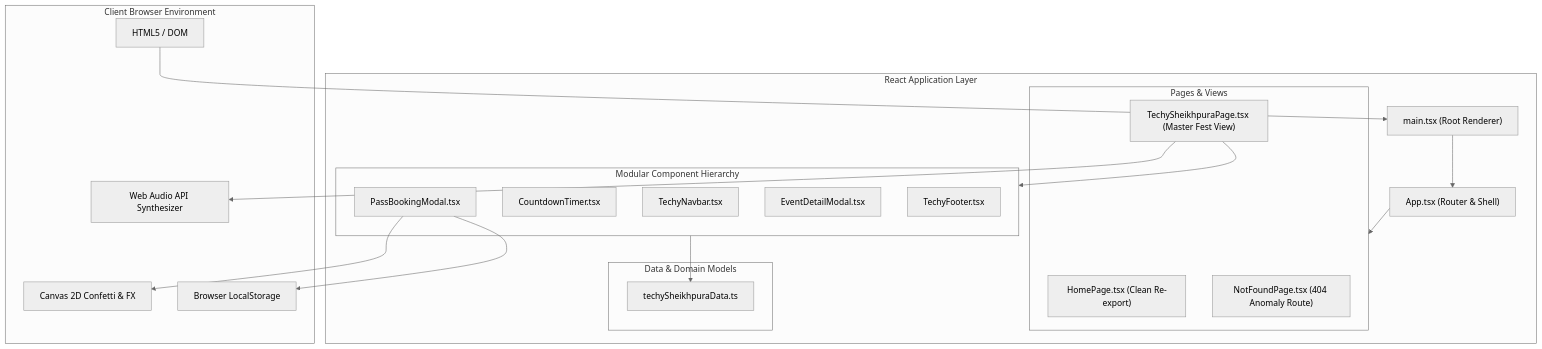
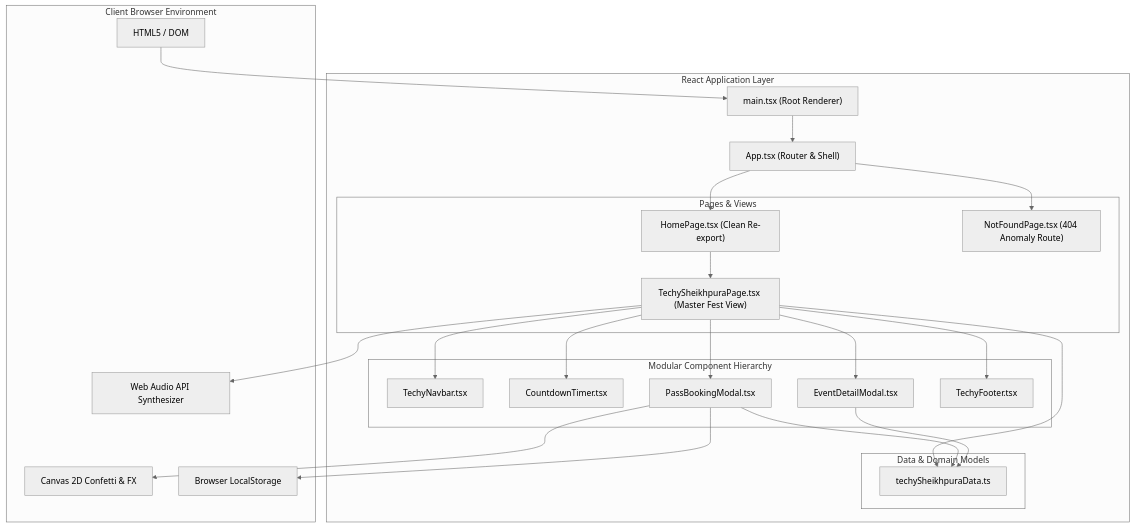
Before and after one commit to Dilkhushkumardev/TechySheikhpura: the first of 2 diagrams in docs/ARCHITECTURE.md, drawn with Mermaid (neutral theme). The commit also changed other lines of this file and 20 other files, not shown here.

````diff
--- a/docs/ARCHITECTURE.md
+++ b/docs/ARCHITECTURE.md
@@ -20,41 +14,49 @@
 ```mermaid
-graph TD
-    subgraph Browser ["Client Browser Environment"]
+flowchart TD
+    subgraph Browser["Client Browser Environment"]
         DOM["HTML5 / DOM"]
         AudioAPI["Web Audio API Synthesizer"]
         CanvasEngine["Canvas 2D Confetti & FX"]
         Storage["Browser LocalStorage"]
     end
 
-    subgraph AppLayer ["React Application Layer"]
+    subgraph AppLayer["React Application Layer"]
         Root["main.tsx (Root Renderer)"]
         AppComp["App.tsx (Router & Shell)"]
-        
-        subgraph Pages ["Pages & Views"]
+
+        subgraph Pages["Pages & Views"]
             Home["HomePage.tsx (Clean Re-export)"]
             Master["TechySheikhpuraPage.tsx (Master Fest View)"]
             NotFound["NotFoundPage.tsx (404 Anomaly Route)"]
         end
 
-        subgraph Components ["Modular Component Hierarchy"]
+        subgraph Components["Modular Component Hierarchy"]
             Nav["TechyNavbar.tsx"]
             Timer["CountdownTimer.tsx"]
             PassModal["PassBookingModal.tsx"]
             EventModal["EventDetailModal.tsx"]
             Footer["TechyFooter.tsx"]
         end
 
-        subgraph DataLayer ["Data & Domain Models"]
+        subgraph DataLayer["Data & Domain Models"]
             FestData["techySheikhpuraData.ts"]
         end
     end
 
     DOM --> Root
     Root --> AppComp
-    AppComp --> Pages
-    Master --> Components
-    Components --> FestData
+    AppComp --> Home
+    AppComp --> NotFound
+    Home --> Master
+    Master --> Nav
+    Master --> Timer
+    Master --> PassModal
+    Master --> EventModal
+    Master --> Footer
+    Master --> FestData
+    PassModal --> FestData
+    EventModal --> FestData
     PassModal --> Storage
     PassModal --> CanvasEngine
     Master --> AudioAPI
 ```
````
